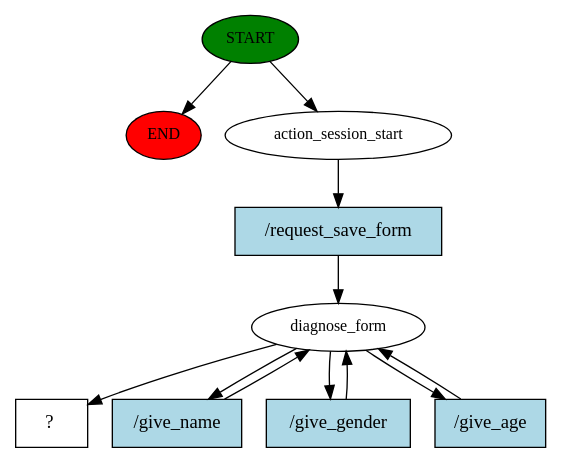
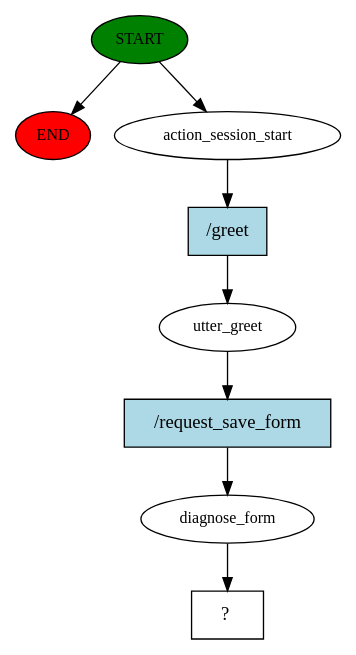
Before and after one commit to 1712832wine/rasa: the diagram in story_graph.dot, drawn with Graphviz. The commit also changed 7 other files, not shown here.

```diff
--- a/story_graph.dot
+++ b/story_graph.dot
@@ -1,22 +1,17 @@
 digraph  {
 0 [class="start active", fillcolor=green, fontsize=12, label=START, style=filled];
 "-1" [class=end, fillcolor=red, fontsize=12, label=END, style=filled];
 1 [class=active, fontsize=12, label=action_session_start];
-2 [class=active, fontsize=12, label=diagnose_form];
-6 [class="intent dashed active", label="  ?  ", shape=rect];
-7 [class="intent active", fillcolor=lightblue, label="/request_save_form", shape=rect, style=filled];
-8 [class="intent active", fillcolor=lightblue, label="/give_name", shape=rect, style=filled];
-9 [class="intent active", fillcolor=lightblue, label="/give_gender", shape=rect, style=filled];
-10 [class="intent active", fillcolor=lightblue, label="/give_age", shape=rect, style=filled];
+2 [class=active, fontsize=12, label=utter_greet];
+3 [class=active, fontsize=12, label=diagnose_form];
+4 [class="intent dashed active", label="  ?  ", shape=rect];
+5 [class="intent active", fillcolor=lightblue, label="/greet", shape=rect, style=filled];
+6 [class="intent active", fillcolor=lightblue, label="/request_save_form", shape=rect, style=filled];
 0 -> "-1"  [class="", key=NONE, label=""];
 0 -> 1  [class=active, key=NONE, label=""];
-1 -> 7  [class=active, key=0];
-2 -> 6  [class=active, key=NONE, label=""];
-2 -> 8  [class=active, key=0];
-2 -> 9  [class=active, key=0];
-2 -> 10  [class=active, key=0];
-7 -> 2  [class=active, key=0];
-8 -> 2  [class=active, key=0];
-9 -> 2  [class=active, key=0];
-10 -> 2  [class=active, key=0];
+1 -> 5  [class=active, key=0];
+2 -> 6  [class=active, key=0];
+3 -> 4  [class=active, key=NONE, label=""];
+5 -> 2  [class=active, key=0];
+6 -> 3  [class=active, key=0];
 }
```
